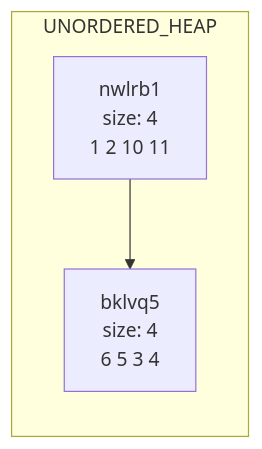
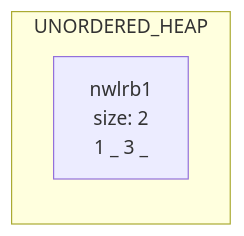
One commit to kjain1810/B-Trees changed the second of 2 diagrams in data/chart.md. Above: the diagram before and after it, drawn with Mermaid. The commit also changed other lines of this file and 1 other file, not shown here.

````diff
--- a/data/chart.md
+++ b/data/chart.md
@@ -19,8 +7,6 @@
 ```mermaid
 graph LR
 subgraph UNORDERED_HEAP
-nwlrb1[nwlrb1<br/>size: 4<br/>1 2 10 11 ]
-bklvq5[bklvq5<br/>size: 4<br/>6 5 3 4 ]
-nwlrb1-->bklvq5
+nwlrb1[nwlrb1<br/>size: 2<br/>1 _ 3 _ ]
 end
 ```
````
